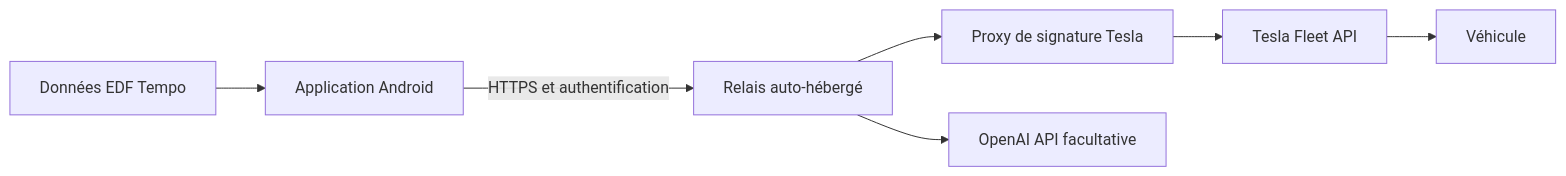
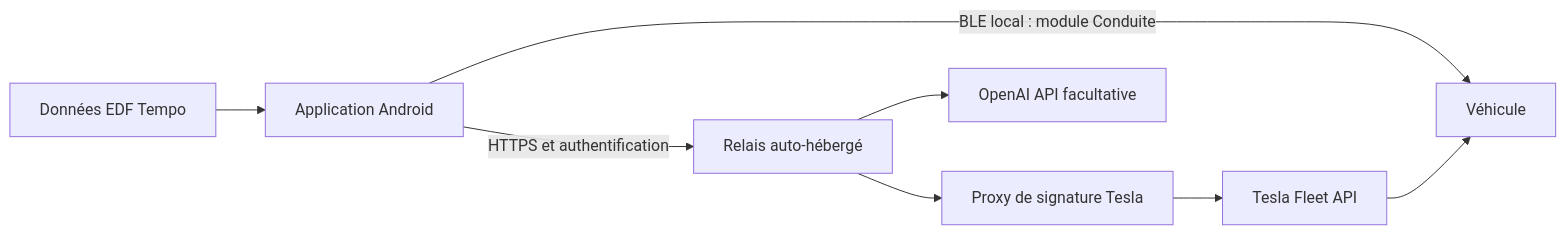
One commit to wthomare/TeslaTempo changed the diagram in README.md. Above: the diagram before and after it, drawn with Mermaid. The commit also changed other lines of this file and 31 other files, not shown here.

````diff
--- a/README.md
+++ b/README.md
@@ -52,9 +54,10 @@
 ```mermaid
 flowchart LR
-    Android[Application Android] -->|HTTPS et authentification| Relais[Relais auto-hébergé]
+    Android[Application Android] -->|BLE local : module Conduite| Voiture
+    Android -->|HTTPS et authentification| Relais[Relais auto-hébergé]
     Relais --> Proxy[Proxy de signature Tesla]
     Proxy --> Fleet[Tesla Fleet API]
     Fleet --> Voiture[Véhicule]
     Relais --> IA[OpenAI API facultative]
     Tempo[Données EDF Tempo] --> Android
 ```
````
